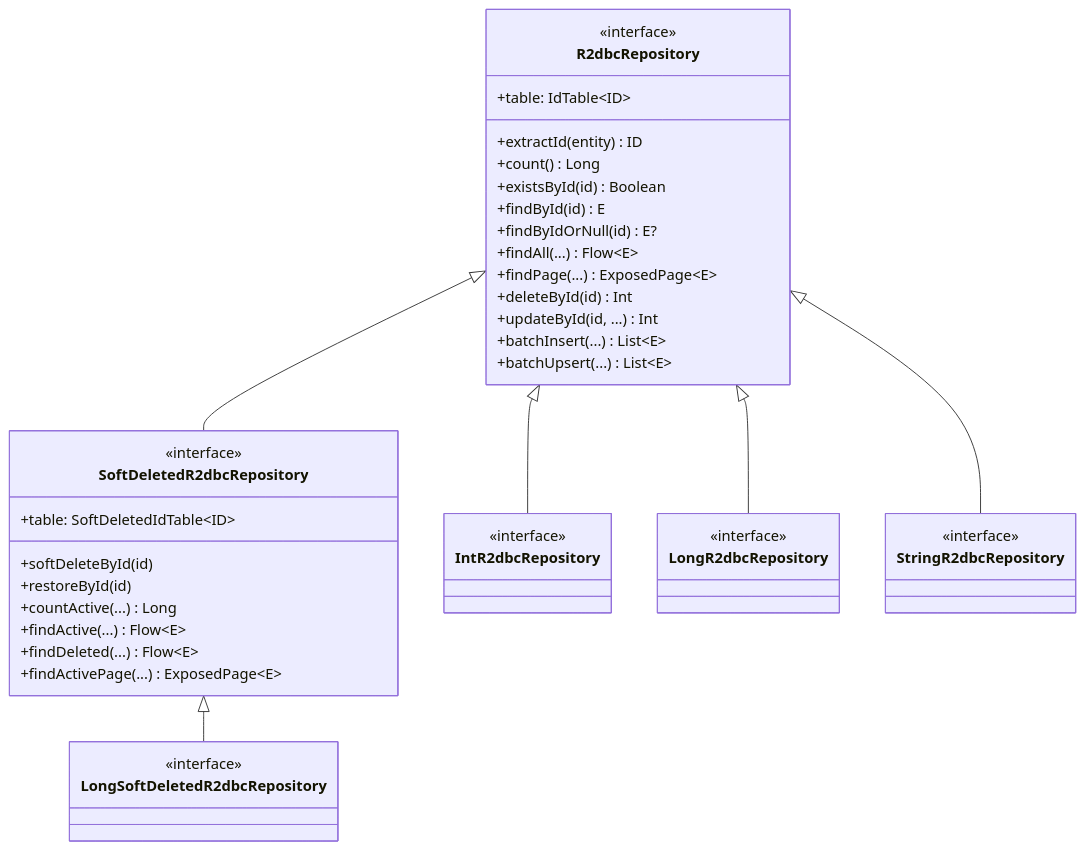
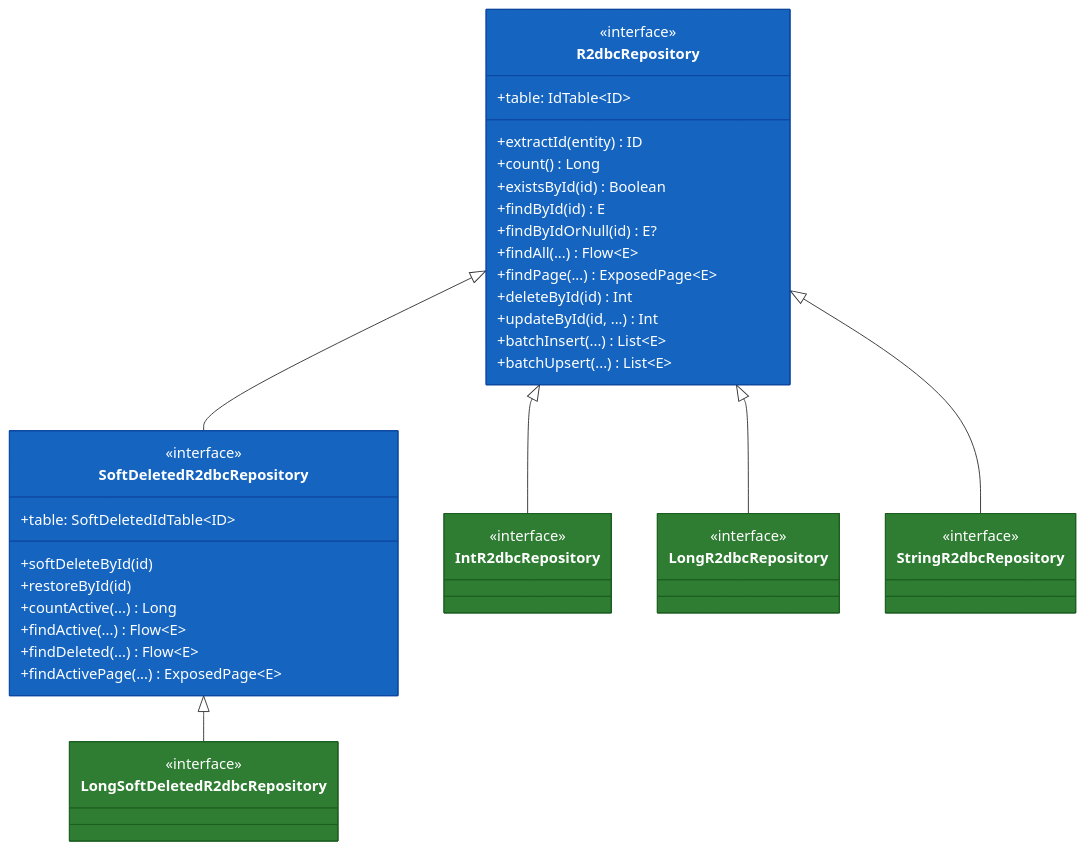
Before and after one commit to bluetape4k/bluetape4k-projects: the second of 4 diagrams in data/exposed-r2dbc/README.md, drawn with Mermaid. The commit also changed other lines of this file and 221 other files, not shown here.

First line of the commit message:
docs: 전체 모듈 README UML 다이어그램 보강 및 색상 업그레이드

````diff
--- a/data/exposed-r2dbc/README.md
+++ b/data/exposed-r2dbc/README.md
@@ -230,46 +232,53 @@
 ```mermaid
 classDiagram
     class R2dbcRepository {
         <<interface>>
         +table: IdTable~ID~
         +extractId(entity) ID
         +count() Long
         +existsById(id) Boolean
         +findById(id) E
         +findByIdOrNull(id) E?
         +findAll(...) Flow~E~
         +findPage(...) ExposedPage~E~
         +deleteById(id) Int
         +updateById(id, ...) Int
         +batchInsert(...) List~E~
         +batchUpsert(...) List~E~
     }
     class SoftDeletedR2dbcRepository {
         <<interface>>
         +table: SoftDeletedIdTable~ID~
         +softDeleteById(id)
         +restoreById(id)
         +countActive(...) Long
         +findActive(...) Flow~E~
         +findDeleted(...) Flow~E~
         +findActivePage(...) ExposedPage~E~
     }
     class IntR2dbcRepository {
         <<interface>>
     }
     class LongR2dbcRepository {
         <<interface>>
     }
     class StringR2dbcRepository {
         <<interface>>
     }
     class LongSoftDeletedR2dbcRepository {
         <<interface>>
     }
 
     R2dbcRepository <|-- SoftDeletedR2dbcRepository
     R2dbcRepository <|-- IntR2dbcRepository
     R2dbcRepository <|-- LongR2dbcRepository
     R2dbcRepository <|-- StringR2dbcRepository
     SoftDeletedR2dbcRepository <|-- LongSoftDeletedR2dbcRepository
+
+    style R2dbcRepository fill:#1565C0,stroke:#0D47A1,color:#FFFFFF
+    style SoftDeletedR2dbcRepository fill:#1565C0,stroke:#0D47A1,color:#FFFFFF
+    style IntR2dbcRepository fill:#2E7D32,stroke:#1B5E20,color:#FFFFFF
+    style LongR2dbcRepository fill:#2E7D32,stroke:#1B5E20,color:#FFFFFF
+    style StringR2dbcRepository fill:#2E7D32,stroke:#1B5E20,color:#FFFFFF
+    style LongSoftDeletedR2dbcRepository fill:#2E7D32,stroke:#1B5E20,color:#FFFFFF
 ```
````
